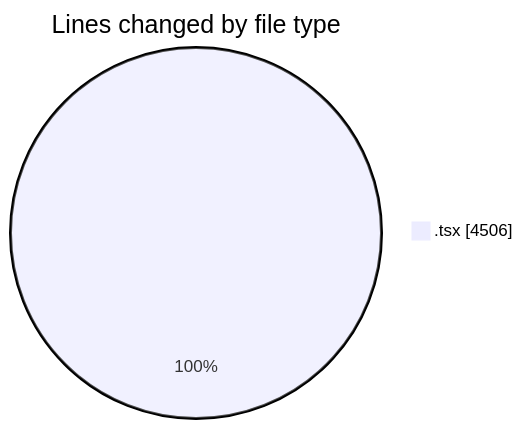
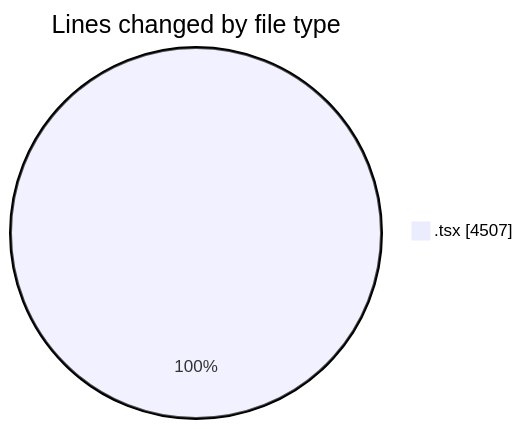
Before and after one commit to nxtqubesakshisongat/code-tracking: the first of 2 diagrams in 2026-06-25/nxtqube_webapp/README.md, drawn with Mermaid. The commit also changed other lines of this file and 1 other file, not shown here.

````diff
--- a/2026-06-25/nxtqube_webapp/README.md
+++ b/2026-06-25/nxtqube_webapp/README.md
@@ -22,5 +22,5 @@
 ```mermaid
 pie showData
 title Lines changed by file type
-".tsx" : 4506
+".tsx" : 4507
 ```
````
